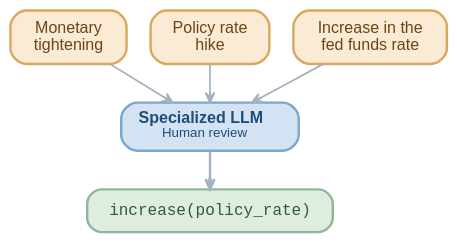
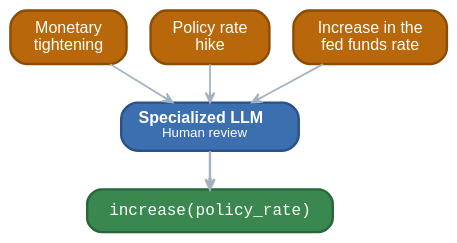
The fifth of 15 diagrams in papers/Causal_Analysis_for_Finance/notes.slides.md (GokuHashira/gpsaggese.github.io), drawn with Graphviz before and after one commit. The commit also changed other lines of this file and 6 other files, not shown here.

````diff
--- a/papers/Causal_Analysis_for_Finance/notes.slides.md
+++ b/papers/Causal_Analysis_for_Finance/notes.slides.md
@@ -614,41 +654,41 @@
 ```graphviz[width=95%]
 digraph Normalize {
   // phrase in a paper : orange | process : blue | canonical id : sage
   bgcolor="transparent";
   pad="0.15";
   splines=spline;
   nodesep=0.25;
   ranksep=0.40;
   rankdir=TB;
 
   node [shape=box,
         style="rounded,filled",
         penwidth=1.8,
         fontname="Helvetica",
         fontsize=12,
         margin="0.18,0.10",
         height=0.45];
 
   edge [color="#A3B1C0",
         penwidth=1.3,
         arrowhead=vee,
         arrowsize=0.75,
         fontname="Helvetica",
         fontsize=10,
         fontcolor="#7B8794"];
 
-  P1 [label="Monetary\ntightening", fillcolor="#FBEBD4", color="#D9A85F", fontcolor="#6B4517"];
-  P2 [label="Policy rate\nhike", fillcolor="#FBEBD4", color="#D9A85F", fontcolor="#6B4517"];
-  P3 [label="Increase in the\nfed funds rate", fillcolor="#FBEBD4", color="#D9A85F", fontcolor="#6B4517"];
+  P1 [label="Monetary\ntightening", fillcolor="#B8680A", color="#8A4C06", fontcolor="#FFFFFF"];
+  P2 [label="Policy rate\nhike", fillcolor="#B8680A", color="#8A4C06", fontcolor="#FFFFFF"];
+  P3 [label="Increase in the\nfed funds rate", fillcolor="#B8680A", color="#8A4C06", fontcolor="#FFFFFF"];
   Map [label=<<b>Specialized LLM</b><br/><font point-size="10">Human review</font>>,
-       fillcolor="#D3E3F3", color="#7CA6CE", fontcolor="#1F4E79"];
-  Canon [label="increase(policy_rate)", fontname="Courier", fillcolor="#DFEDE0", color="#8FB79A", fontcolor="#2E5A3D"];
+       fillcolor="#3C6FB0", color="#2A5288", fontcolor="#FFFFFF"];
+  Canon [label="increase(policy_rate)", fontname="Courier", fillcolor="#3A874F", color="#27663A", fontcolor="#FFFFFF"];
 
   { rank=same; P1; P2; P3; }
 
   P1 -> Map;
   P2 -> Map;
   P3 -> Map;
   Map -> Canon [penwidth=1.8];
 }
 ```
````
